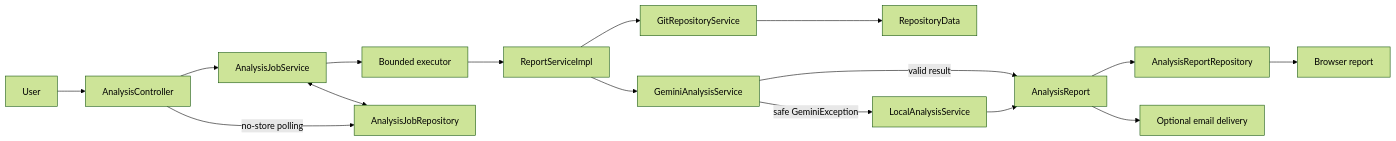
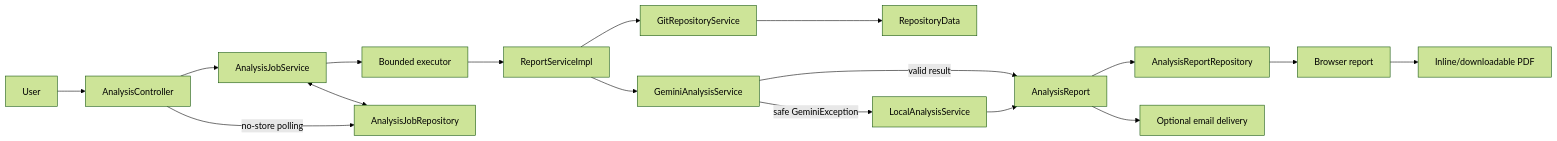
One commit to AndrejT03/git-contribution-analyzer changed the first of 3 diagrams in docs/Architecture.md. Above: the diagram before and after it, drawn with Mermaid (forest theme). The commit also changed other lines of this file and 2 other files, not shown here.

````diff
--- a/docs/Architecture.md
+++ b/docs/Architecture.md
@@ -7,18 +7,19 @@
 ```mermaid
 flowchart LR
     U["User"] --> C["AnalysisController"]
     C --> J["AnalysisJobService"]
     J --> Q["Bounded executor"]
     J <--> JR["AnalysisJobRepository"]
     Q --> R["ReportServiceImpl"]
     R --> G["GitRepositoryService"]
     G --> D["RepositoryData"]
     R --> A["GeminiAnalysisService"]
     A -->|"valid result"| P["AnalysisReport"]
     A -->|"safe GeminiException"| L["LocalAnalysisService"]
     L --> P
     P --> RR["AnalysisReportRepository"]
     RR --> W["Browser report"]
+    W --> PDF["Inline/downloadable PDF"]
     P --> E["Optional email delivery"]
     C -->|"no-store polling"| JR
 ```
````
